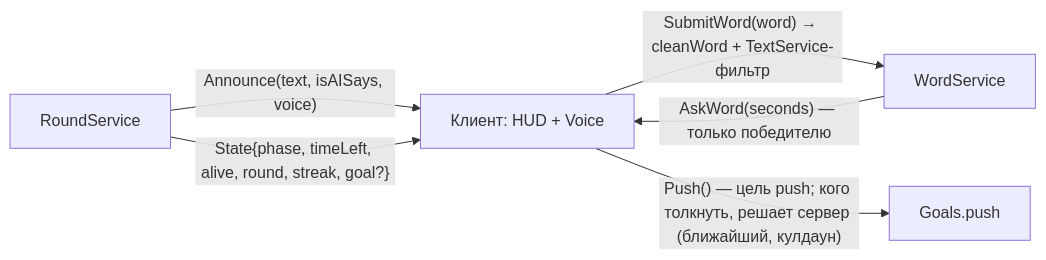
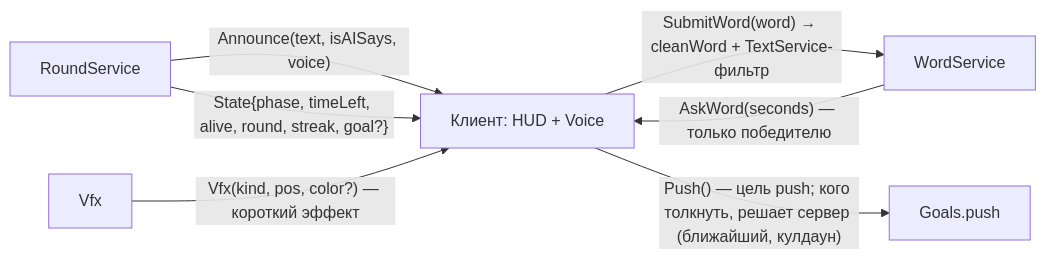
Before and after one commit to HageZERO2/AI-SAYS: the second of 3 diagrams in docs/GRAPH.md, drawn with Mermaid. The commit also changed other lines of this file and 12 other files, not shown here.

````diff
--- a/docs/GRAPH.md
+++ b/docs/GRAPH.md
@@ -51,8 +53,9 @@
 ```mermaid
 graph LR
   RS[RoundService] -- "Announce(text, isAISays, voice)" --> C[Клиент: HUD + Voice]
   RS -- "State{phase, timeLeft, alive, round, streak, goal?}" --> C
   WS[WordService] -- "AskWord(seconds) — только победителю" --> C
   C -- "SubmitWord(word) → cleanWord + TextService-фильтр" --> WS
+  VX[Vfx] -- "Vfx(kind, pos, color?) — короткий эффект" --> C
   C -- "Push() — цель push; кого толкнуть, решает сервер (ближайший, кулдаун)" --> G[Goals.push]
 ```
````
